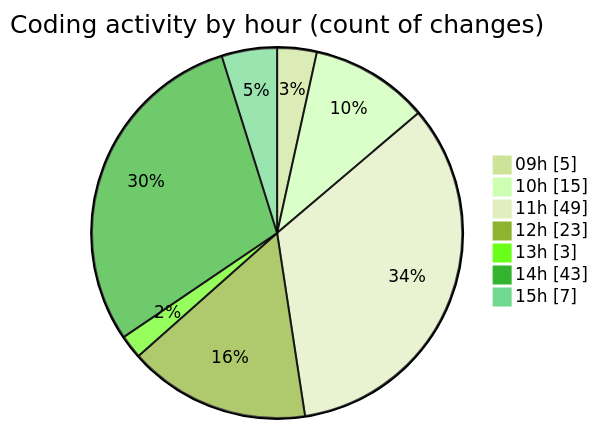
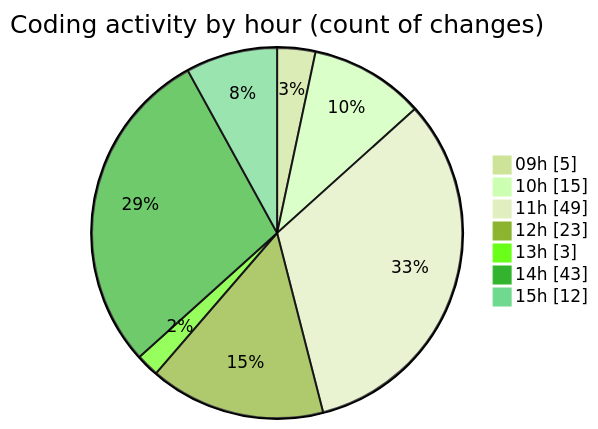
The second of 2 diagrams in 2025-06-13/ecodeli-1/README.md (CELIANVF/code-tracking), drawn with Mermaid (forest theme) before and after one commit. The commit also changed other lines of this file and 1 other file, not shown here.

````diff
--- a/2025-06-13/ecodeli-1/README.md
+++ b/2025-06-13/ecodeli-1/README.md
@@ -60,11 +60,11 @@
 ```mermaid
 pie showData
 title Coding activity by hour (count of changes)
 "09h" : 5
 "10h" : 15
 "11h" : 49
 "12h" : 23
 "13h" : 3
 "14h" : 43
-"15h" : 7
+"15h" : 12
 ```
````
